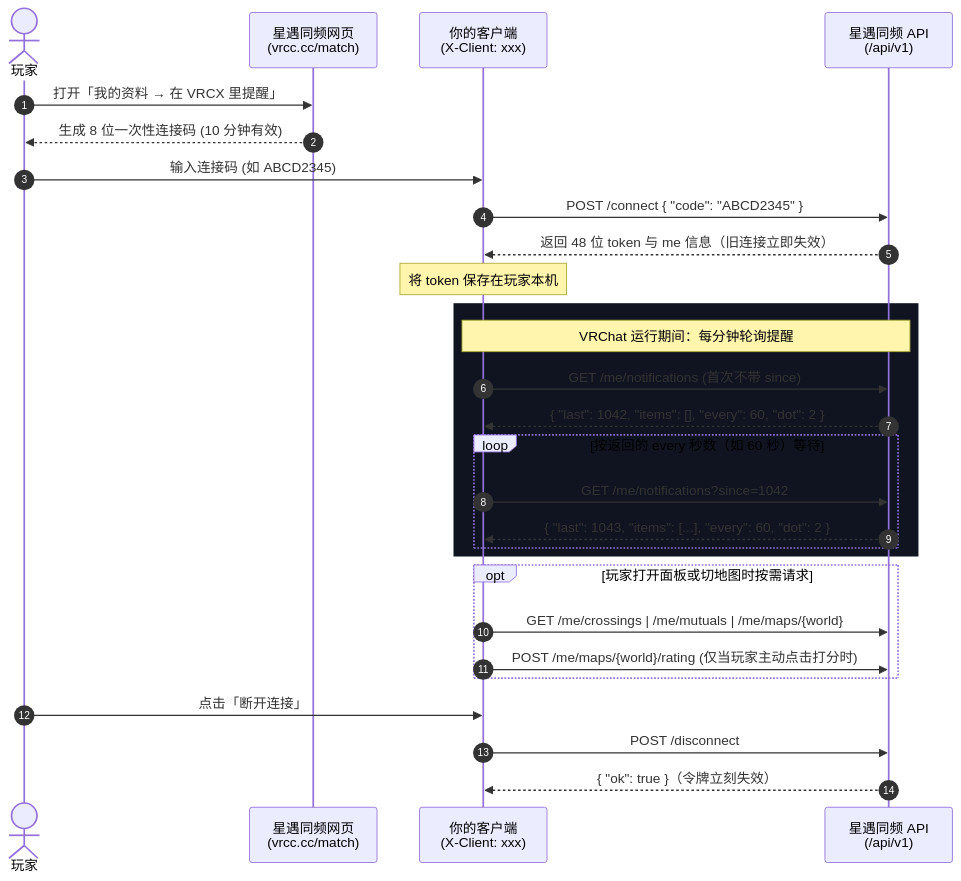
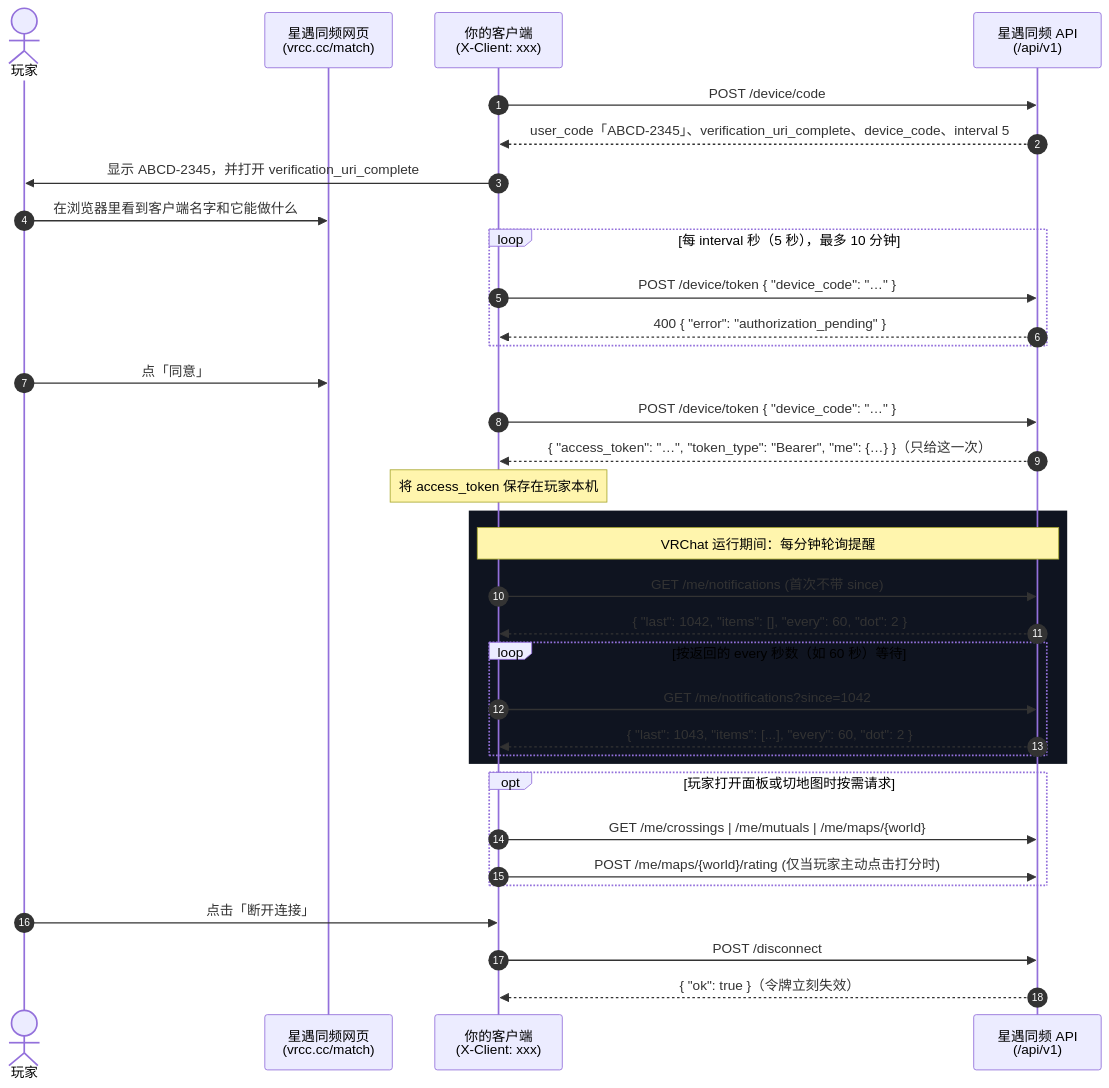
The diagram in README.md (Duogeyu/xingyu-tongpin-api), drawn with Mermaid before and after one commit. The commit also changed other lines of this file and 4 other files, not shown here.

````diff
--- a/README.md
+++ b/README.md
@@ -104,34 +130,40 @@
 ```mermaid
 sequenceDiagram
     autonumber
     actor Player as 玩家
     participant Web as 星遇同频网页<br/>(vrcc.cc/match)
     participant App as 你的客户端<br/>(X-Client: xxx)
     participant API as 星遇同频 API<br/>(/api/v1)
 
-    Player->>Web: 打开「我的资料 → 在 VRCX 里提醒」
-    Web-->>Player: 生成 8 位一次性连接码 (10 分钟有效)
-    Player->>App: 输入连接码 (如 ABCD2345)
-    App->>API: POST /connect { "code": "ABCD2345" }
-    API-->>App: 返回 48 位 token 与 me 信息（旧连接立即失效）
-    Note over App: 将 token 保存在玩家本机
+    App->>API: POST /device/code
+    API-->>App: user_code「ABCD-2345」、verification_uri_complete、device_code、interval 5
+    App->>Player: 显示 ABCD-2345，并打开 verification_uri_complete
+    Player->>Web: 在浏览器里看到客户端名字和它能做什么
+    loop 每 interval 秒（5 秒），最多 10 分钟
+        App->>API: POST /device/token { "device_code": "…" }
+        API-->>App: 400 { "error": "authorization_pending" }
+    end
+    Player->>Web: 点「同意」
+    App->>API: POST /device/token { "device_code": "…" }
+    API-->>App: { "access_token": "…", "token_type": "Bearer", "me": {…} }（只给这一次）
+    Note over App: 将 access_token 保存在玩家本机
 
     rect rgb(15, 20, 32)
         Note over App,API: VRChat 运行期间：每分钟轮询提醒
         App->>API: GET /me/notifications (首次不带 since)
         API-->>App: { "last": 1042, "items": [], "every": 60, "dot": 2 }
         loop 按返回的 every 秒数（如 60 秒）等待
             App->>API: GET /me/notifications?since=1042
             API-->>App: { "last": 1043, "items": [...], "every": 60, "dot": 2 }
         end
     end
 
     opt 玩家打开面板或切地图时按需请求
         App->>API: GET /me/crossings | /me/mutuals | /me/maps/{world}
         App->>API: POST /me/maps/{world}/rating (仅当玩家主动点击打分时)
     end
 
     Player->>App: 点击「断开连接」
     App->>API: POST /disconnect
     API-->>App: { "ok": true }（令牌立刻失效）
 ```
````
